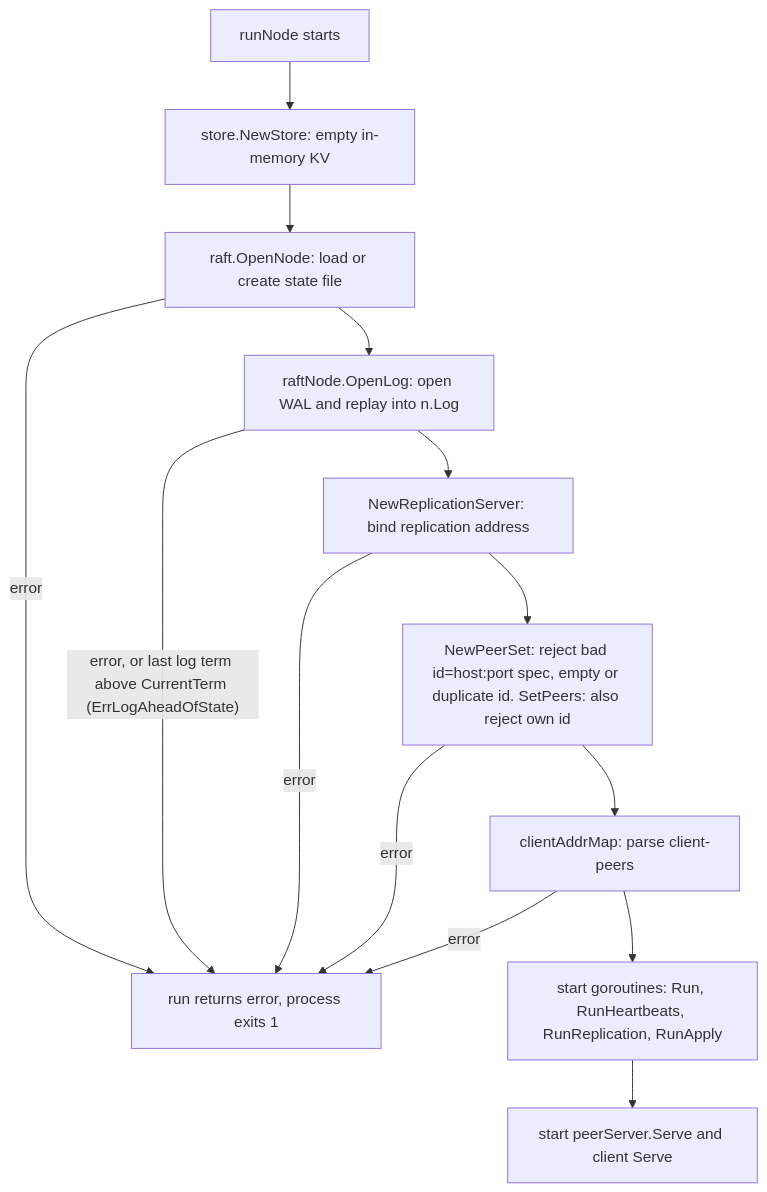
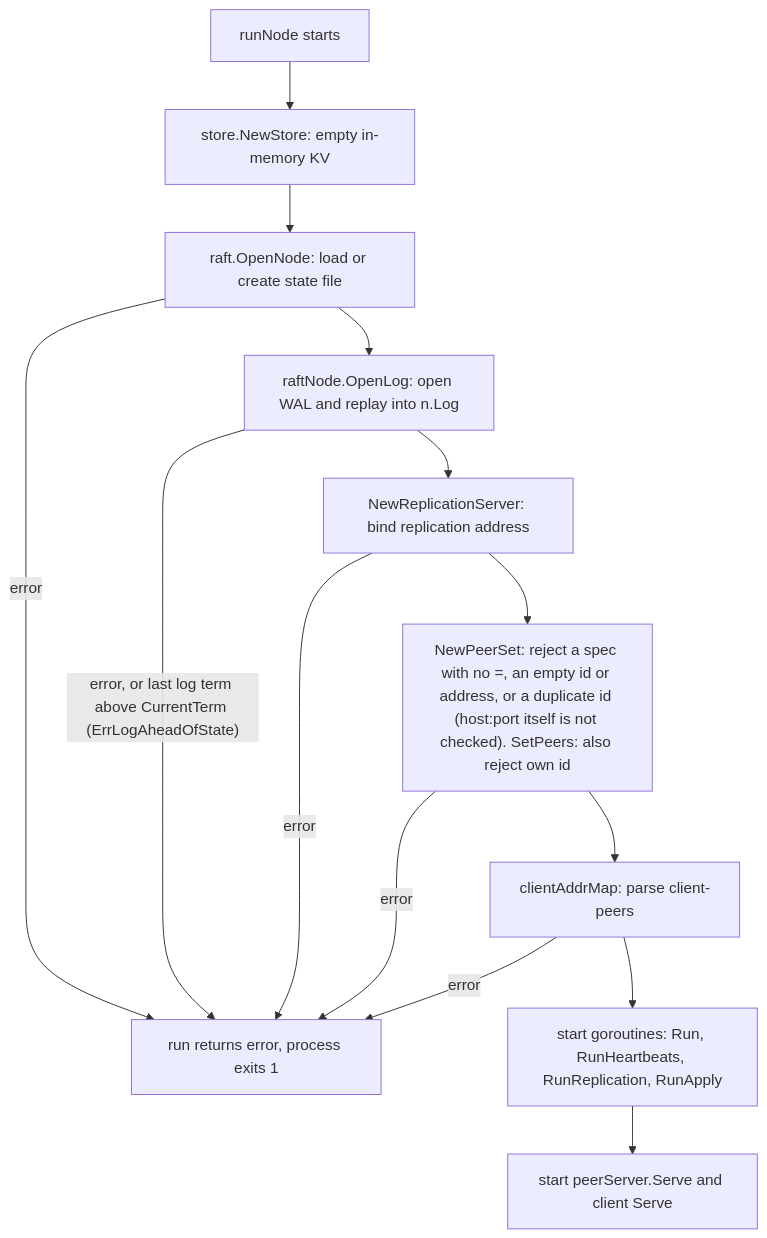
The first of 7 diagrams in flow/3. node-startup-persisted-state.md (Tarun-Elango/hobbyDB), drawn with Mermaid before and after one commit. The commit also changed other lines of this file and 3 other files, not shown here.

Commit message:
fixing state diagrams

````diff
--- a/flow/3. node-startup-persisted-state.md
+++ b/flow/3. node-startup-persisted-state.md
@@ -16,16 +16,16 @@
 ```mermaid
 flowchart TD
     A["runNode starts"] --> B["store.NewStore: empty in-memory KV"]
     B --> C["raft.OpenNode: load or create state file"]
     C -->|error| FAIL["run returns error, process exits 1"]
     C --> D["raftNode.OpenLog: open WAL and replay into n.Log"]
     D -->|"error, or last log term above CurrentTerm (ErrLogAheadOfState)"| FAIL
     D --> E["NewReplicationServer: bind replication address"]
     E -->|error| FAIL
-    E --> F["NewPeerSet: reject bad id=host:port spec, empty or duplicate id. SetPeers: also reject own id"]
+    E --> F["NewPeerSet: reject a spec with no =, an empty id or address, or a duplicate id (host:port itself is not checked). SetPeers: also reject own id"]
     F -->|error| FAIL
     F --> G["clientAddrMap: parse client-peers"]
     G -->|error| FAIL
     G --> H["start goroutines: Run, RunHeartbeats, RunReplication, RunApply"]
     H --> I["start peerServer.Serve and client Serve"]
 ```
````
